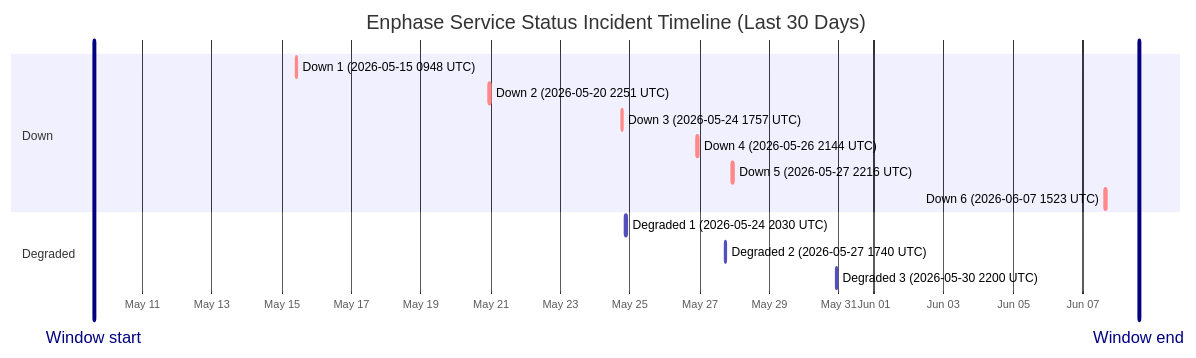
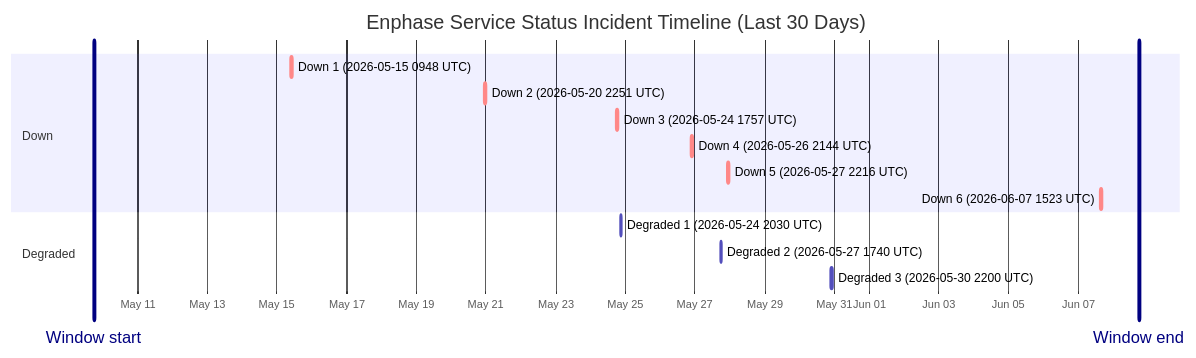
One commit to barneyonline/ha-enphase-energy changed the diagram in wiki/Service-Status-History.md. Above: the diagram before and after it, drawn with Mermaid. The commit also changed other lines of this file and 3 other files, not shown here.

````diff
--- a/wiki/Service-Status-History.md
+++ b/wiki/Service-Status-History.md
@@ -14,19 +14,19 @@
 ```mermaid
 gantt
     title Enphase Service Status Incident Timeline (Last 30 Days)
     dateFormat  YYYY-MM-DDTHH:mm:ss
     axisFormat  %b %d
-    Window start :vert, window-start, 2026-05-09T14:33:03, 0ms
-    Window end :vert, window-end, 2026-06-08T14:33:03, 0ms
+    Window start :vert, window-start, 2026-05-09T17:51:21, 0ms
+    Window end :vert, window-end, 2026-06-08T17:51:21, 0ms
     section Down
     Down 1 (2026-05-15 0948 UTC) :crit, down-1, 2026-05-15T09:48:18, 60m
     Down 2 (2026-05-20 2251 UTC) :crit, down-2, 2026-05-20T22:51:14, 75m
     Down 3 (2026-05-24 1757 UTC) :crit, down-3, 2026-05-24T17:57:41, 86m
     Down 4 (2026-05-26 2144 UTC) :crit, down-4, 2026-05-26T21:44:11, 85m
     Down 5 (2026-05-27 2216 UTC) :crit, down-5, 2026-05-27T22:16:53, 87m
     Down 6 (2026-06-07 1523 UTC) :crit, down-6, 2026-06-07T15:23:22, 87m
     section Degraded
     Degraded 1 (2026-05-24 2030 UTC) :active, degraded-1, 2026-05-24T20:30:57, 84m
     Degraded 2 (2026-05-27 1740 UTC) :active, degraded-2, 2026-05-27T17:40:52, 60m
     Degraded 3 (2026-05-30 2200 UTC) :active, degraded-3, 2026-05-30T22:00:37, 60m
 ```
````
